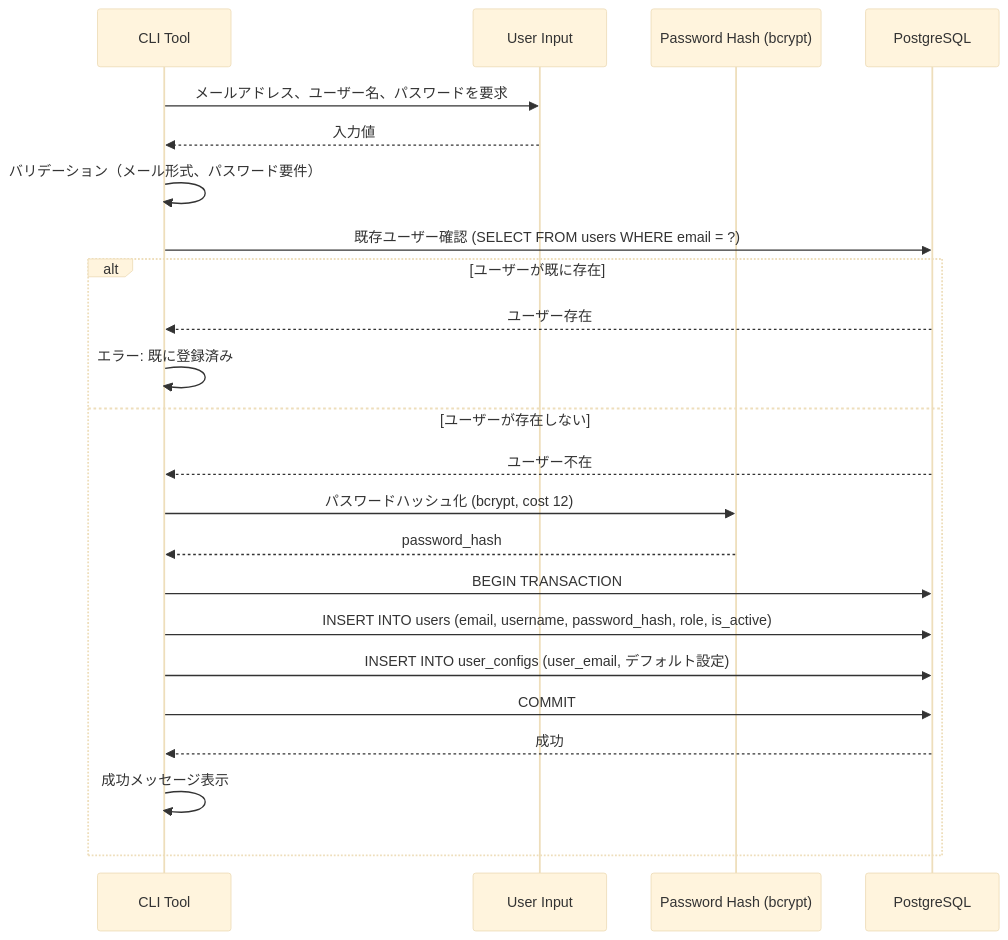
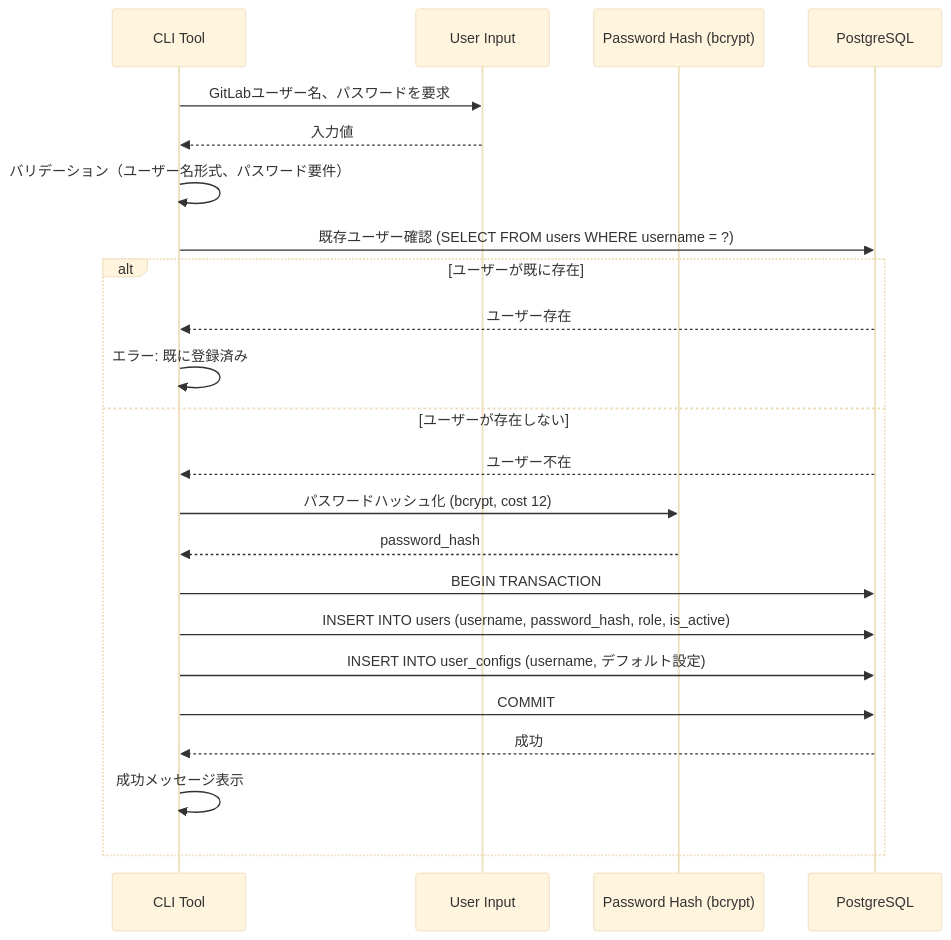
Before and after one commit to notfolder/CodeAgentOrchestrator: the second of 3 diagrams in docs/USER_MANAGEMENT_SPEC.md, drawn with Mermaid (base theme). The commit also changed other lines of this file and 5 other files, not shown here.

````diff
--- a/docs/USER_MANAGEMENT_SPEC.md
+++ b/docs/USER_MANAGEMENT_SPEC.md
@@ -123,26 +123,26 @@
 ```mermaid
 sequenceDiagram
     participant CLI as CLI Tool
     participant Input as User Input
     participant Hash as Password Hash (bcrypt)
     participant DB as PostgreSQL
     
-    CLI->>Input: メールアドレス、ユーザー名、パスワードを要求
+    CLI->>Input: GitLabユーザー名、パスワードを要求
     Input-->>CLI: 入力値
-    CLI->>CLI: バリデーション（メール形式、パスワード要件）
-    CLI->>DB: 既存ユーザー確認 (SELECT FROM users WHERE email = ?)
+    CLI->>CLI: バリデーション（ユーザー名形式、パスワード要件）
+    CLI->>DB: 既存ユーザー確認 (SELECT FROM users WHERE username = ?)
     alt ユーザーが既に存在
         DB-->>CLI: ユーザー存在
         CLI->>CLI: エラー: 既に登録済み
     else ユーザーが存在しない
         DB-->>CLI: ユーザー不在
         CLI->>Hash: パスワードハッシュ化 (bcrypt, cost 12)
         Hash-->>CLI: password_hash
         CLI->>DB: BEGIN TRANSACTION
-        CLI->>DB: INSERT INTO users (email, username, password_hash, role, is_active)
-        CLI->>DB: INSERT INTO user_configs (user_email, デフォルト設定)
+        CLI->>DB: INSERT INTO users (username, password_hash, role, is_active)
+        CLI->>DB: INSERT INTO user_configs (username, デフォルト設定)
         CLI->>DB: COMMIT
         DB-->>CLI: 成功
         CLI->>CLI: 成功メッセージ表示
     end
 ```
````
